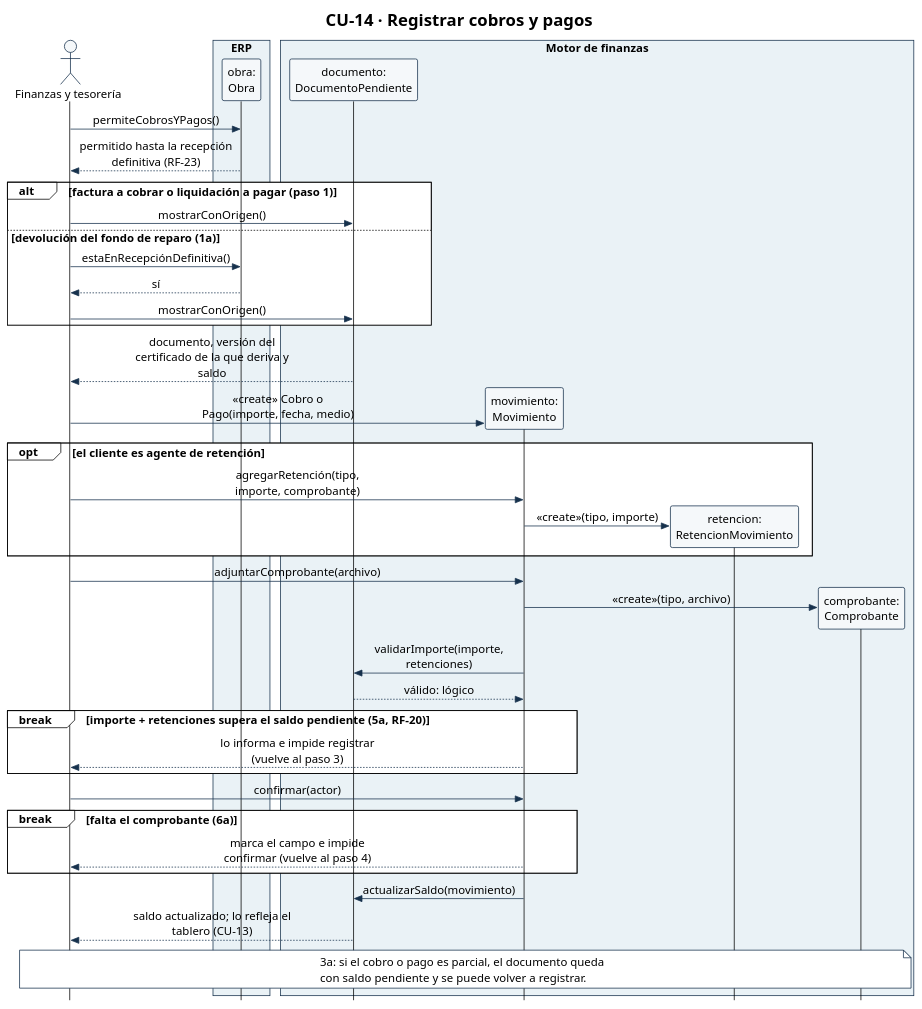
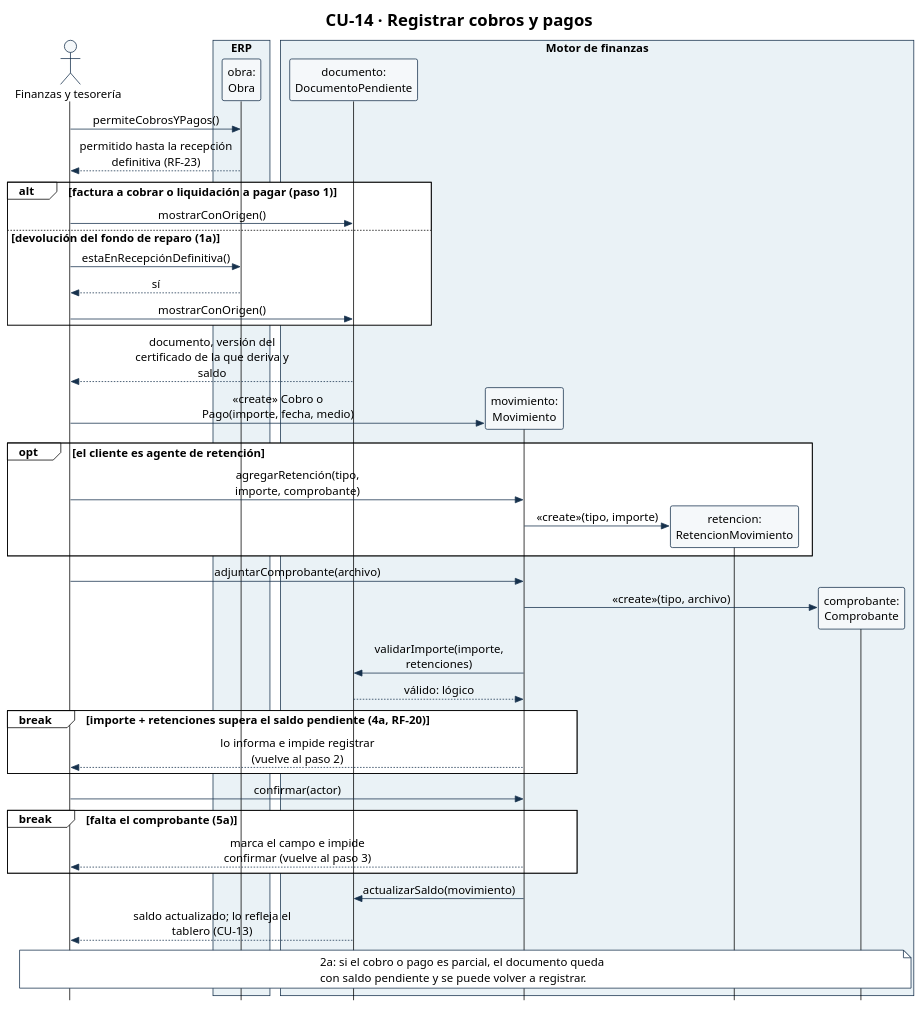
One commit to Ssrrb/tpf-uca changed the diagram in diagramas/CU-14-secuencia.puml. Above: the diagram before and after it, drawn with PlantUML. The commit also changed 12 other files, not shown here.

```diff
--- a/diagramas/CU-14-secuencia.puml
+++ b/diagramas/CU-14-secuencia.puml
@@ -1,70 +1,70 @@
 @startuml
 !theme plain
 skinparam style strictuml
 skinparam shadowing false
 skinparam defaultFontName Arial
 skinparam defaultFontSize 15
 skinparam sequenceMessageAlign center
 skinparam maxMessageSize 220
 skinparam ParticipantPadding 8
 skinparam BoxPadding 6
 skinparam ParticipantBackgroundColor #F5F8FA
 skinparam ParticipantBorderColor #17324D
 skinparam ActorBorderColor #17324D
 skinparam ActorBackgroundColor #F5F8FA
 skinparam ArrowColor #17324D
 skinparam SequenceBoxBorderColor #17324D
 skinparam note {
   BackgroundColor #FFFFFF
   BorderColor #17324D
 }
 hide footbox
 title CU-14 · Registrar cobros y pagos
 actor "Finanzas y tesorería" as Fin
 box "ERP" #EAF2F6
 participant "obra:\nObra" as Obra
 end box
 box "Motor de finanzas" #EAF2F6
 participant "documento:\nDocumentoPendiente" as Doc
 participant "movimiento:\nMovimiento" as Mov
 participant "retencion:\nRetencionMovimiento" as Ret
 participant "comprobante:\nComprobante" as Comp
 end box
 
 Fin -> Obra: permiteCobrosYPagos()
 Obra --> Fin: permitido hasta la recepción definitiva (RF-23)
 alt factura a cobrar o liquidación a pagar (paso 1)
   Fin -> Doc: mostrarConOrigen()
 else devolución del fondo de reparo (1a)
   Fin -> Obra: estaEnRecepciónDefinitiva()
   Obra --> Fin: sí
   Fin -> Doc: mostrarConOrigen()
 end
 Doc --> Fin: documento, versión del certificado de la que deriva y saldo
 
 create Mov
 Fin -> Mov: «create» Cobro o Pago(importe, fecha, medio)
 opt el cliente es agente de retención
   Fin -> Mov: agregarRetención(tipo, importe, comprobante)
   create Ret
   Mov -> Ret: «create»(tipo, importe)
 end
 Fin -> Mov: adjuntarComprobante(archivo)
 create Comp
 Mov -> Comp: «create»(tipo, archivo)
 Mov -> Doc: validarImporte(importe, retenciones)
 Doc --> Mov: válido: lógico
-break importe + retenciones supera el saldo pendiente (5a, RF-20)
-  Mov --> Fin: lo informa e impide registrar (vuelve al paso 3)
+break importe + retenciones supera el saldo pendiente (4a, RF-20)
+  Mov --> Fin: lo informa e impide registrar (vuelve al paso 2)
 end
 Fin -> Mov: confirmar(actor)
-break falta el comprobante (6a)
-  Mov --> Fin: marca el campo e impide confirmar (vuelve al paso 4)
+break falta el comprobante (5a)
+  Mov --> Fin: marca el campo e impide confirmar (vuelve al paso 3)
 end
 Mov -> Doc: actualizarSaldo(movimiento)
 Doc --> Fin: saldo actualizado; lo refleja el tablero (CU-13)
 note over Fin, Comp
-  3a: si el cobro o pago es parcial, el documento queda
+  2a: si el cobro o pago es parcial, el documento queda
   con saldo pendiente y se puede volver a registrar.
 end note
 @enduml
```
